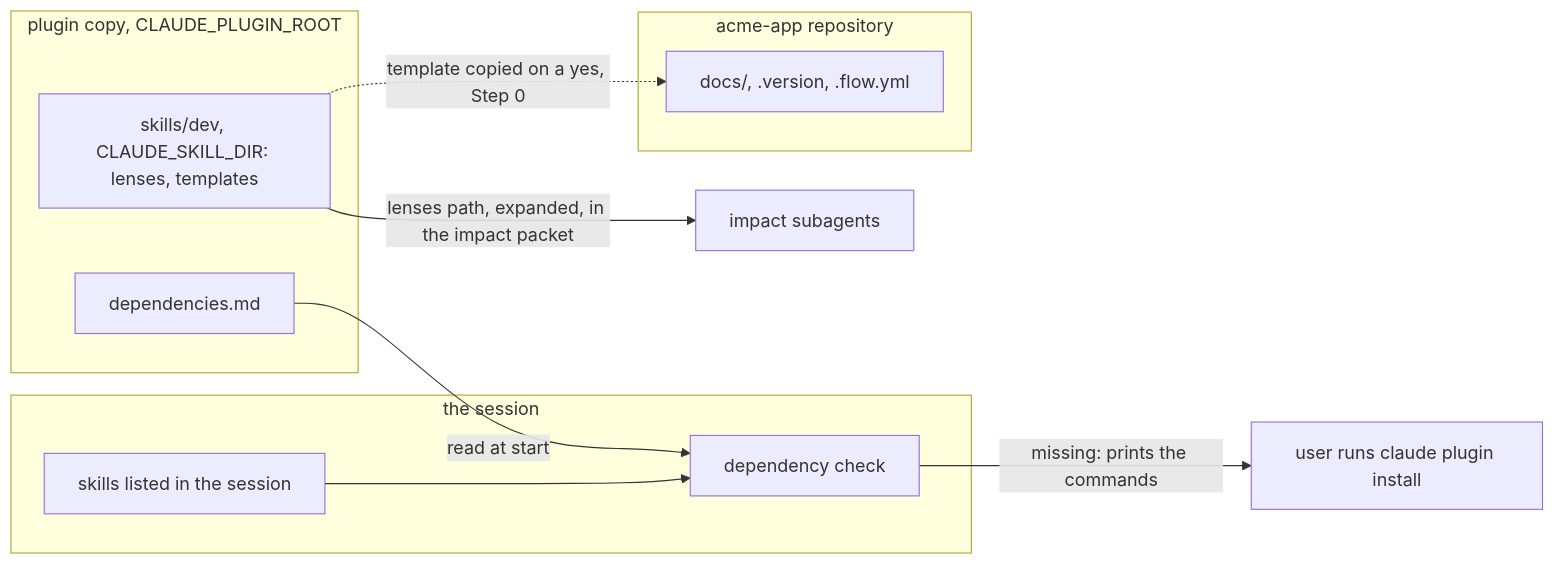
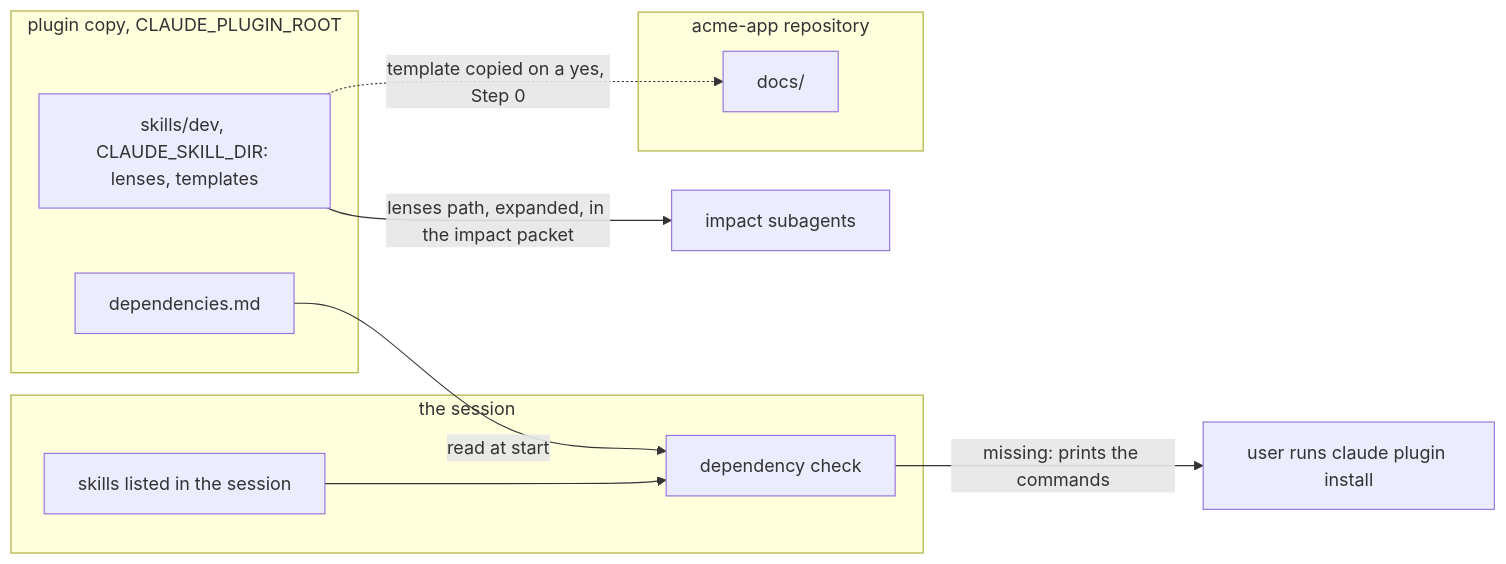
The fourth of 4 diagrams in docs/architecture.md (spleenteo/devflow), drawn with Mermaid before and after one commit. The commit also changed other lines of this file and 2 other files, not shown here.

Commit message:
Fix two diagram details and the Gate's expected warnings

````diff
--- a/docs/architecture.md
+++ b/docs/architecture.md
@@ -164,19 +165,19 @@
 ```mermaid
 flowchart LR
   subgraph plugin["plugin copy, CLAUDE_PLUGIN_ROOT"]
     deplist["dependencies.md"]
     skilldir["skills/dev, CLAUDE_SKILL_DIR: lenses, templates"]
   end
   subgraph session["the session"]
     listed["skills listed in the session"]
     check["dependency check"]
   end
   subgraph repo["acme-app repository"]
-    docs["docs/, .version, .flow.yml"]
+    docs["docs/"]
   end
   deplist -->|"read at start"| check
   listed --> check
   check -->|"missing: prints the commands"| usr["user runs claude plugin install"]
   skilldir -.->|"template copied on a yes, Step 0"| docs
   skilldir -->|"lenses path, expanded, in the impact packet"| check2["impact subagents"]
 ```
````
